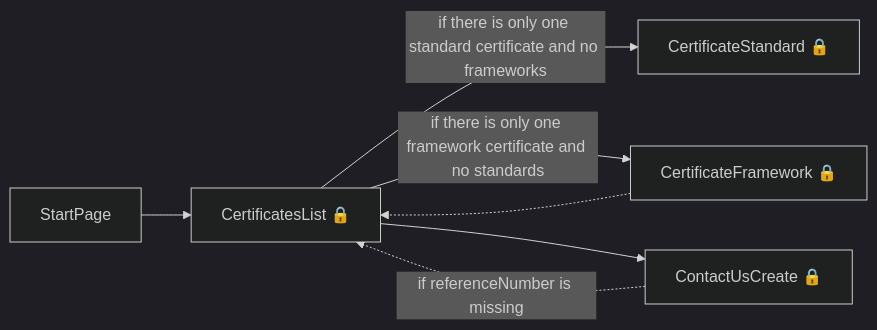
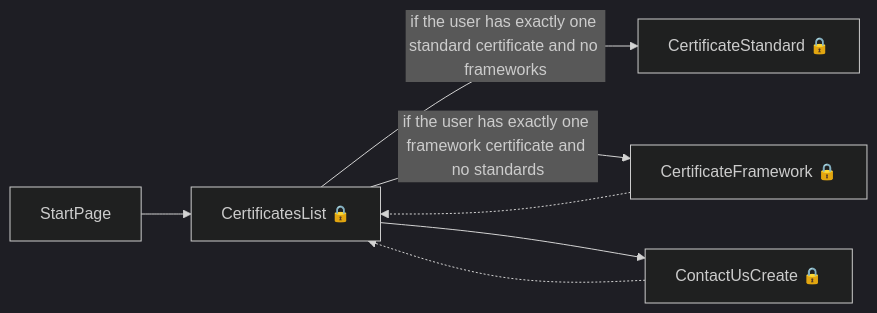
One commit to talentconsulting/atlas-dfe changed the first of 5 diagrams in das-digital-certification-web/user-journeys/user-journeys.md. Above: the diagram before and after it, drawn with Mermaid (dark theme). The commit also changed other lines of this file and 36 other files, not shown here.

````diff
--- a/das-digital-certification-web/user-journeys/user-journeys.md
+++ b/das-digital-certification-web/user-journeys/user-journeys.md
@@ -11,9 +11,9 @@
 ```mermaid
 flowchart LR
   p0["StartPage"] --> p1["CertificatesList 🔒"]
-  p1["CertificatesList 🔒"] -->|"if there is only one standard certificate and no frameworks"| p2["CertificateStandard 🔒"]
-  p1["CertificatesList 🔒"] -->|"if there is only one framework certificate and no standards"| p3["CertificateFramework 🔒"]
+  p1["CertificatesList 🔒"] -->|"if the user has exactly one standard certificate and no frameworks"| p2["CertificateStandard 🔒"]
+  p1["CertificatesList 🔒"] -->|"if the user has exactly one framework certificate and no standards"| p3["CertificateFramework 🔒"]
   p3["CertificateFramework 🔒"] -.-> p1["CertificatesList 🔒"]
   p1["CertificatesList 🔒"] --> p4["ContactUsCreate 🔒"]
-  p4["ContactUsCreate 🔒"] -.->|"if referenceNumber is missing"| p1["CertificatesList 🔒"]
+  p4["ContactUsCreate 🔒"] -.-> p1["CertificatesList 🔒"]
 ```
````
